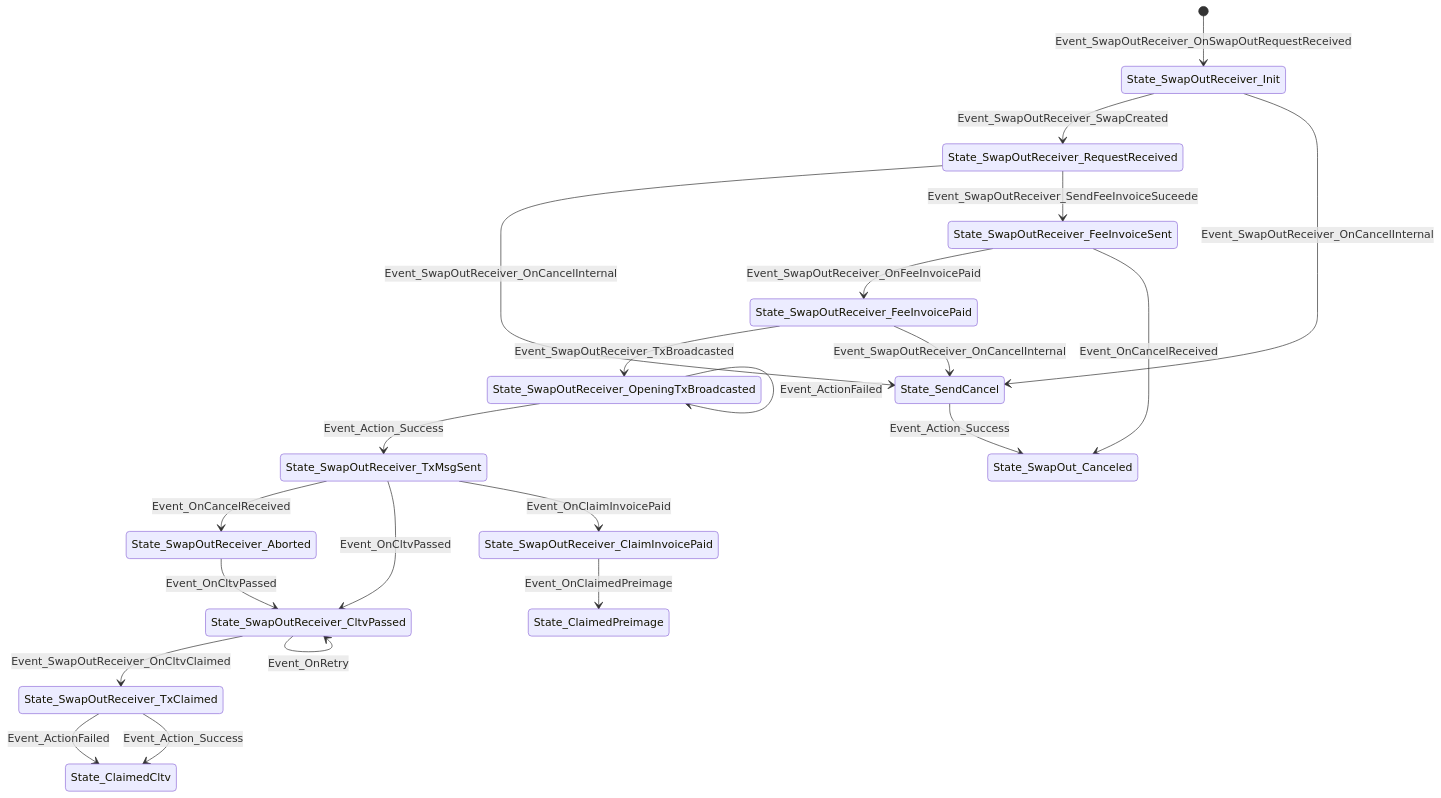
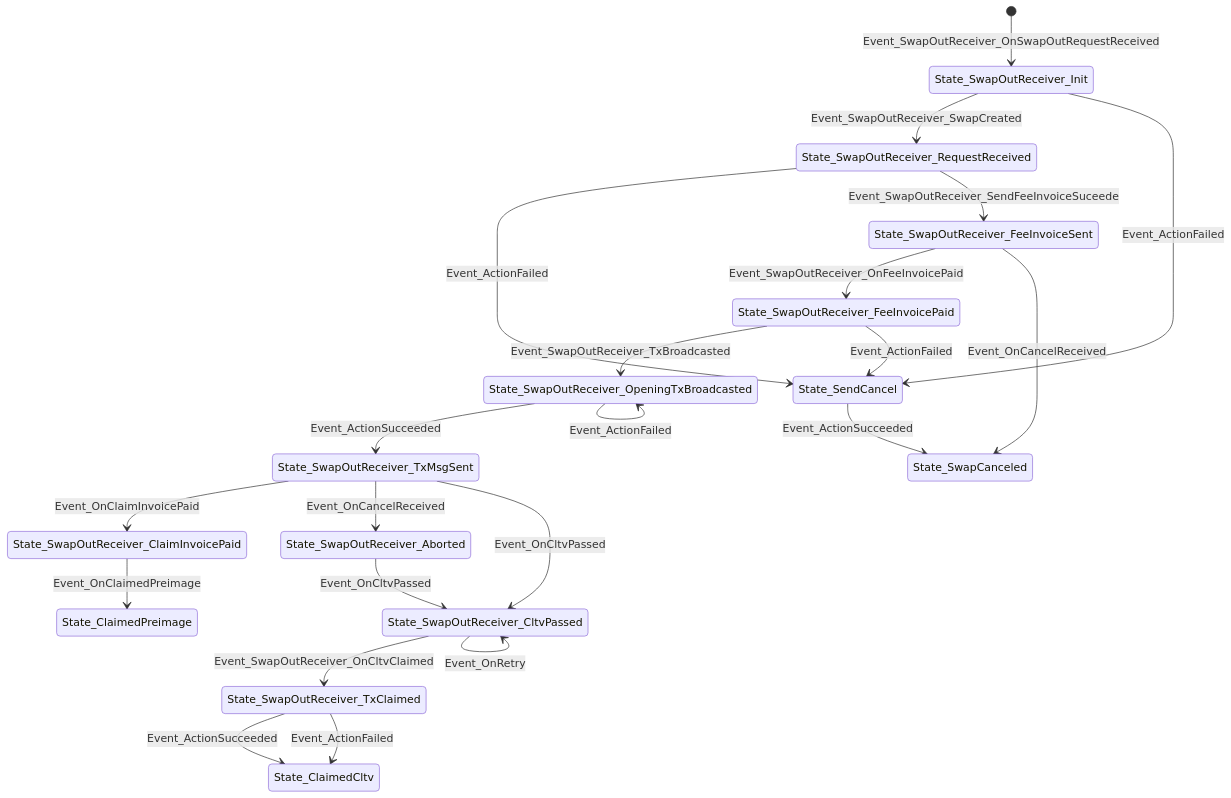
One commit to ElementsProject/peerswap changed the diagram in docs/states_swapout_receiver.md. Above: the diagram before and after it, drawn with Mermaid. The commit also changed 18 other files, not shown here.

Commit message:
rework swap out sender

````diff
--- a/docs/states_swapout_receiver.md
+++ b/docs/states_swapout_receiver.md
@@ -1,38 +1,38 @@
 ```mermaid
 stateDiagram-v2
+State_SwapOutReceiver_FeeInvoiceSent
+State_SwapOutReceiver_FeeInvoiceSent --> State_SwapOutReceiver_FeeInvoicePaid: Event_SwapOutReceiver_OnFeeInvoicePaid
+State_SwapOutReceiver_FeeInvoiceSent --> State_SwapCanceled: Event_OnCancelReceived
 State_SwapOutReceiver_TxMsgSent
+State_SwapOutReceiver_TxMsgSent --> State_SwapOutReceiver_ClaimInvoicePaid: Event_OnClaimInvoicePaid
 State_SwapOutReceiver_TxMsgSent --> State_SwapOutReceiver_Aborted: Event_OnCancelReceived
 State_SwapOutReceiver_TxMsgSent --> State_SwapOutReceiver_CltvPassed: Event_OnCltvPassed
-State_SwapOutReceiver_TxMsgSent --> State_SwapOutReceiver_ClaimInvoicePaid: Event_OnClaimInvoicePaid
-State_SwapOutReceiver_TxClaimed
-State_SwapOutReceiver_TxClaimed --> State_ClaimedCltv: Event_ActionFailed
-State_SwapOutReceiver_TxClaimed --> State_ClaimedCltv: Event_Action_Success
-State_SendCancel
-State_SendCancel --> State_SwapOut_Canceled: Event_Action_Success
-State_SwapOutReceiver_Init
-State_SwapOutReceiver_Init --> State_SwapOutReceiver_RequestReceived: Event_SwapOutReceiver_SwapCreated
-State_SwapOutReceiver_Init --> State_SendCancel: Event_SwapOutReceiver_OnCancelInternal
-State_SwapOut_Canceled
-State_SwapOutReceiver_RequestReceived
-State_SwapOutReceiver_RequestReceived --> State_SendCancel: Event_SwapOutReceiver_OnCancelInternal
-State_SwapOutReceiver_RequestReceived --> State_SwapOutReceiver_FeeInvoiceSent: Event_SwapOutReceiver_SendFeeInvoiceSuceede
+State_SwapOutReceiver_ClaimInvoicePaid
+State_SwapOutReceiver_ClaimInvoicePaid --> State_ClaimedPreimage: Event_OnClaimedPreimage
 State_SwapOutReceiver_Aborted
 State_SwapOutReceiver_Aborted --> State_SwapOutReceiver_CltvPassed: Event_OnCltvPassed
+State_SwapOutReceiver_RequestReceived
+State_SwapOutReceiver_RequestReceived --> State_SendCancel: Event_ActionFailed
+State_SwapOutReceiver_RequestReceived --> State_SwapOutReceiver_FeeInvoiceSent: Event_SwapOutReceiver_SendFeeInvoiceSuceede
+State_SwapOutReceiver_TxClaimed
+State_SwapOutReceiver_TxClaimed --> State_ClaimedCltv: Event_ActionSucceeded
+State_SwapOutReceiver_TxClaimed --> State_ClaimedCltv: Event_ActionFailed
+State_SwapCanceled
+State_ClaimedCltv
 State_SwapOutReceiver_CltvPassed
 State_SwapOutReceiver_CltvPassed --> State_SwapOutReceiver_TxClaimed: Event_SwapOutReceiver_OnCltvClaimed
 State_SwapOutReceiver_CltvPassed --> State_SwapOutReceiver_CltvPassed: Event_OnRetry
-State_SwapOutReceiver_ClaimInvoicePaid
-State_SwapOutReceiver_ClaimInvoicePaid --> State_ClaimedPreimage: Event_OnClaimedPreimage
-State_SwapOutReceiver_FeeInvoiceSent
-State_SwapOutReceiver_FeeInvoiceSent --> State_SwapOutReceiver_FeeInvoicePaid: Event_SwapOutReceiver_OnFeeInvoicePaid
-State_SwapOutReceiver_FeeInvoiceSent --> State_SwapOut_Canceled: Event_OnCancelReceived
+State_ClaimedPreimage
+[*] --> State_SwapOutReceiver_Init: Event_SwapOutReceiver_OnSwapOutRequestReceived
+State_SwapOutReceiver_Init
+State_SwapOutReceiver_Init --> State_SwapOutReceiver_RequestReceived: Event_SwapOutReceiver_SwapCreated
+State_SwapOutReceiver_Init --> State_SendCancel: Event_ActionFailed
 State_SwapOutReceiver_FeeInvoicePaid
 State_SwapOutReceiver_FeeInvoicePaid --> State_SwapOutReceiver_OpeningTxBroadcasted: Event_SwapOutReceiver_TxBroadcasted
-State_SwapOutReceiver_FeeInvoicePaid --> State_SendCancel: Event_SwapOutReceiver_OnCancelInternal
+State_SwapOutReceiver_FeeInvoicePaid --> State_SendCancel: Event_ActionFailed
 State_SwapOutReceiver_OpeningTxBroadcasted
-State_SwapOutReceiver_OpeningTxBroadcasted --> State_SwapOutReceiver_TxMsgSent: Event_Action_Success
+State_SwapOutReceiver_OpeningTxBroadcasted --> State_SwapOutReceiver_TxMsgSent: Event_ActionSucceeded
 State_SwapOutReceiver_OpeningTxBroadcasted --> State_SwapOutReceiver_OpeningTxBroadcasted: Event_ActionFailed
-State_ClaimedCltv
-State_ClaimedPreimage
-[*] --> State_SwapOutReceiver_Init: Event_SwapOutReceiver_OnSwapOutRequestReceived
+State_SendCancel
+State_SendCancel --> State_SwapCanceled: Event_ActionSucceeded
 ```
````
